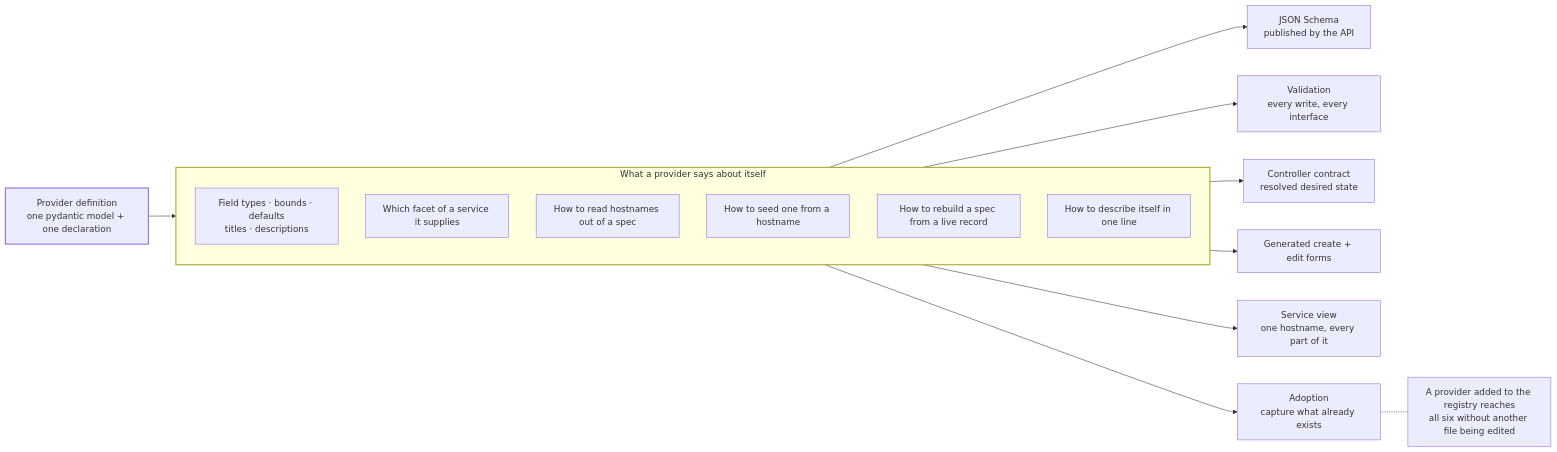
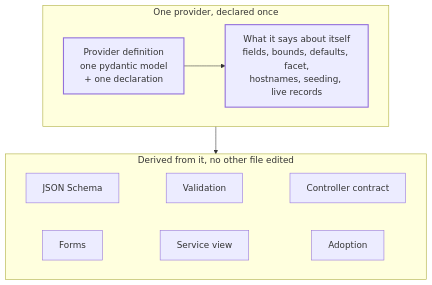
One commit to joeseverino/severino-hq changed the diagram in docs/diagrams/provider-registry.mmd. Above: the diagram before and after it, drawn with Mermaid. The commit also changed 471 other files, not shown here.

```diff
--- a/docs/diagrams/provider-registry.mmd
+++ b/docs/diagrams/provider-registry.mmd
@@ -1,34 +1,24 @@
-flowchart LR
-    model["Provider definition<br/>one pydantic model + one declaration"]
-
-    subgraph declared["What a provider says about itself"]
-        direction TB
-        shape["Field types · bounds · defaults<br/>titles · descriptions"]
-        facet["Which facet of a service it supplies"]
-        reads["How to read hostnames out of a spec"]
-        writes["How to seed one from a hostname"]
-        back["How to rebuild a spec from a live record"]
-        speaks["How to describe itself in one line"]
+flowchart TB
+    subgraph declared["One provider, declared once"]
+        direction LR
+        model["Provider definition<br/>one pydantic model<br/>+ one declaration"]
+        says["What it says about itself<br/>fields, bounds, defaults, facet,<br/>hostnames, seeding, live records"]
+        model --> says
     end
 
-    model --> declared
+    subgraph derived["Derived from it, no other file edited"]
+        direction LR
+        schema["JSON Schema"]
+        validate["Validation"]
+        contract["Controller contract"]
+        forms["Forms"]
+        service["Service view"]
+        adopt["Adoption"]
+        schema ~~~ validate ~~~ contract
+        forms ~~~ service ~~~ adopt
+    end
 
-    schema["JSON Schema<br/>published by the API"]
-    validate["Validation<br/>every write, every interface"]
-    contract["Controller contract<br/>resolved desired state"]
-    forms["Generated create + edit forms"]
-    service["Service view<br/>one hostname, every part of it"]
-    adopt["Adoption<br/>capture what already exists"]
-
-    declared --> schema
-    declared --> validate
-    declared --> contract
-    declared --> forms
-    declared --> service
-    declared --> adopt
-
-    note["A provider added to the registry reaches<br/>all six without another file being edited"]
-    adopt -.- note
+    declared --> derived
 
     classDef anchor stroke-width:2px;
-    class model,declared anchor;
+    class model,says anchor;
```
